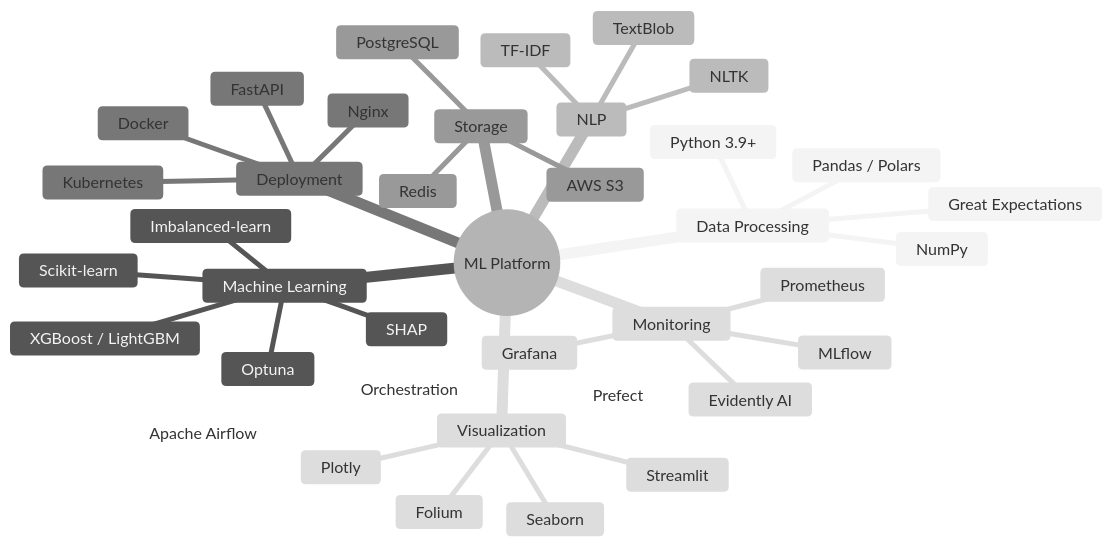
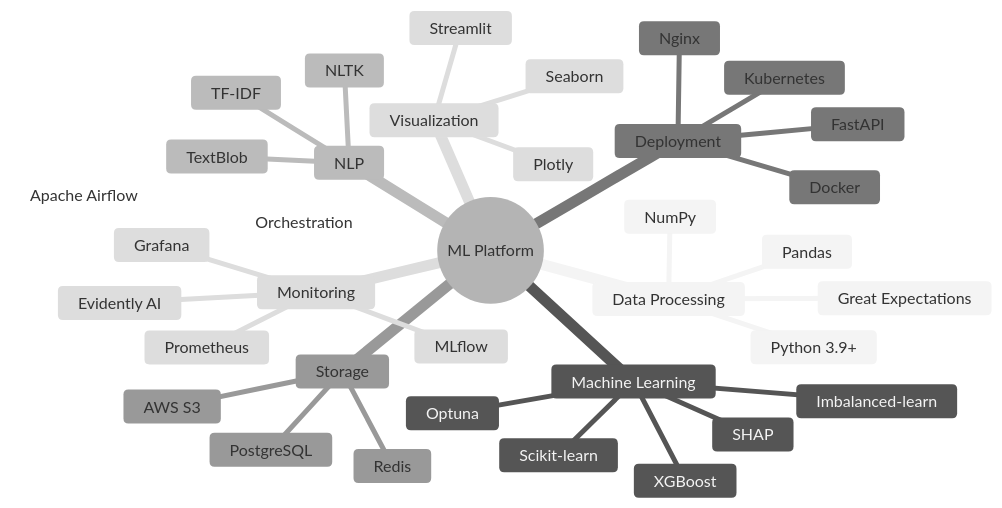
Before and after one commit to interview-tasks/Inforotor_AI_developer: diagram 11 of 12 in README.md, drawn with Mermaid (neutral theme). The commit also changed other lines of this file, not shown here.

````diff
--- a/README.md
+++ b/README.md
@@ -1931,41 +593,39 @@
 ```mermaid
 mindmap
   root((ML Platform))
     Data Processing
       Python 3.9+
-      Pandas / Polars
+      Pandas
       NumPy
       Great Expectations
     Machine Learning
       Scikit-learn
-      XGBoost / LightGBM
+      XGBoost
       Imbalanced-learn
       Optuna
       SHAP
     NLP
       NLTK
       TextBlob
       TF-IDF
     Deployment
       FastAPI
       Docker
       Kubernetes
       Nginx
     Storage
       PostgreSQL
       Redis
       AWS S3
     Monitoring
       MLflow
       Evidently AI
       Prometheus
       Grafana
     Orchestration
       Apache Airflow
-      Prefect
     Visualization
       Streamlit
       Plotly
       Seaborn
-      Folium
 ```
````
